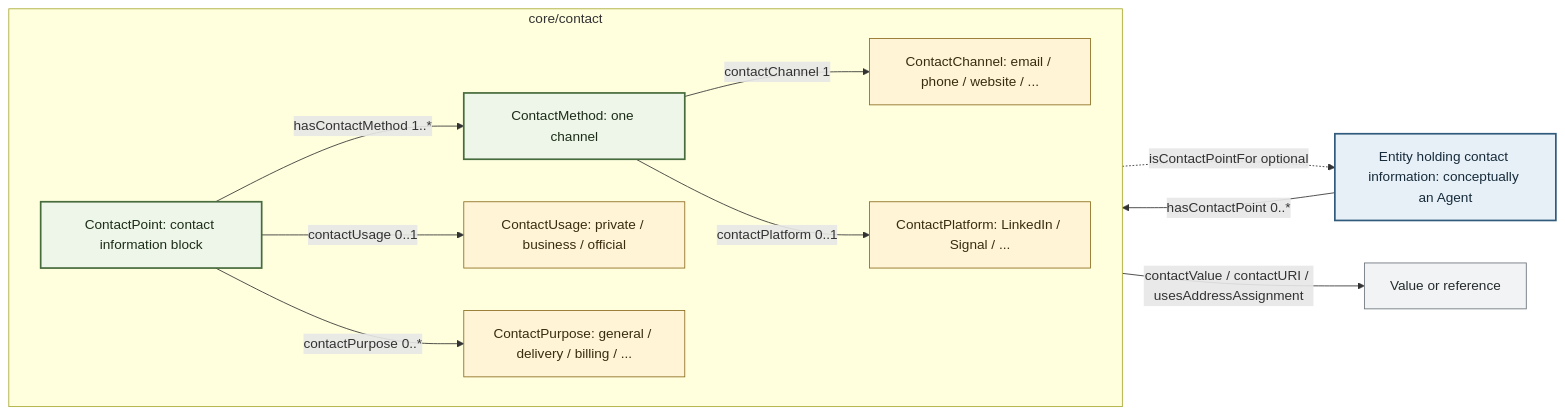
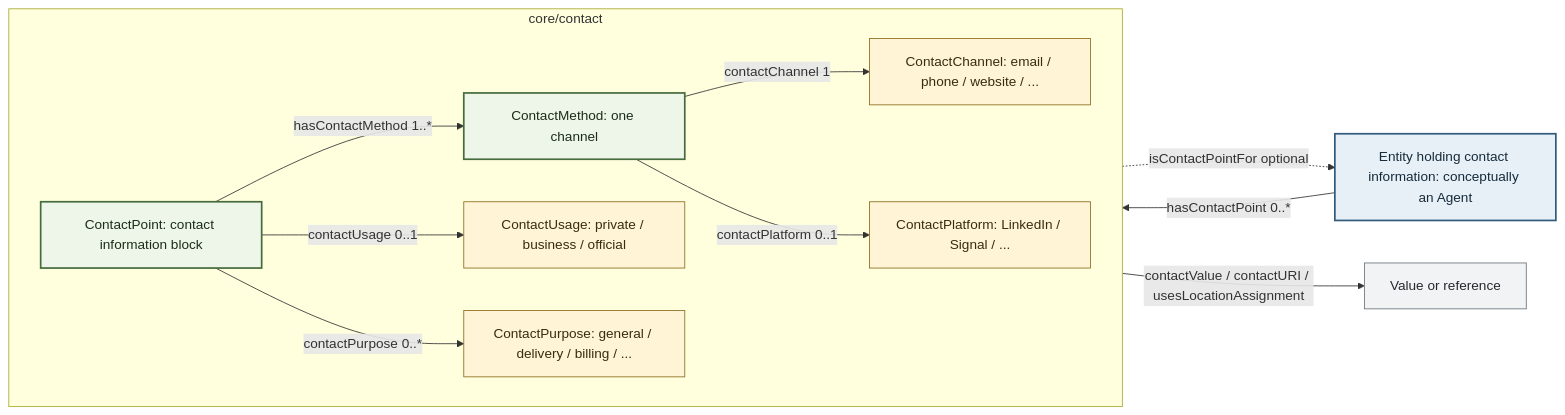
One commit to project-construct-x/constructx-ontologies changed the first of 5 diagrams in modules/core/contact/docs/diagrams/contact-concept-model.md. Above: the diagram before and after it, drawn with Mermaid. The commit also changed other lines of this file and 97 other files, not shown here.

Commit message:
feat(core): migrate Address and Contact to location assignments

````diff
--- a/modules/core/contact/docs/diagrams/contact-concept-model.md
+++ b/modules/core/contact/docs/diagrams/contact-concept-model.md
@@ -10,33 +10,33 @@
 ```mermaid
 flowchart LR
     Carrier["Entity holding contact information: conceptually an Agent"]
 
     subgraph CONTACT["core/contact"]
         direction LR
         Point["ContactPoint: contact information block"]
         Method["ContactMethod: one channel"]
         Usage["ContactUsage: private / business / official"]
         Purpose["ContactPurpose: general / delivery / billing / ..."]
         Channel["ContactChannel: email / phone / website / ..."]
         Platform["ContactPlatform: LinkedIn / Signal / ..."]
     end
 
     Carrier -->|"hasContactPoint 0..*"| Point
     Point -.->|"isContactPointFor optional"| Carrier
     Point -->|"hasContactMethod 1..*"| Method
     Point -->|"contactUsage 0..1"| Usage
     Point -->|"contactPurpose 0..*"| Purpose
     Method -->|"contactChannel 1"| Channel
     Method -->|"contactPlatform 0..1"| Platform
-    Method -->|"contactValue / contactURI / usesAddressAssignment"| Value["Value or reference"]
+    Method -->|"contactValue / contactURI / usesLocationAssignment"| Value["Value or reference"]
 
     classDef carrier fill:#e7f0f7,stroke:#315b7d,color:#172b3a,stroke-width:2px;
     classDef core fill:#edf6e9,stroke:#466b3c,color:#1d2d19,stroke-width:2px;
     classDef vocab fill:#fff4d6,stroke:#8c6d1f,color:#392d0e;
     classDef value fill:#f1f3f4,stroke:#6b747a,color:#252a2d;
 
     class Carrier carrier;
     class Point,Method core;
     class Usage,Purpose,Channel,Platform vocab;
     class Value value;
 ```
````
